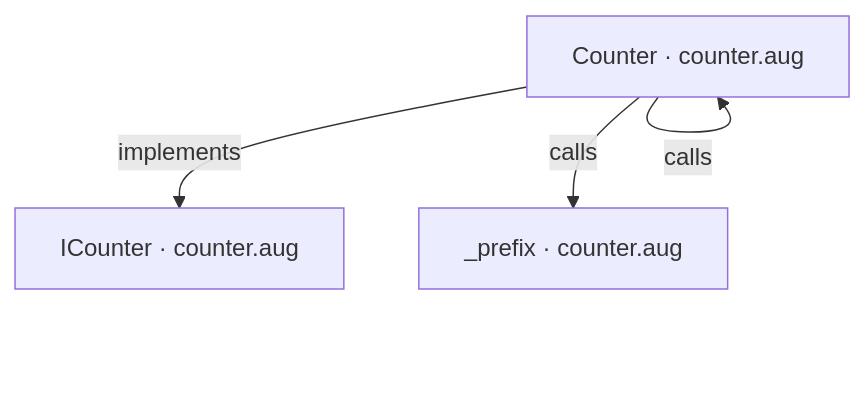
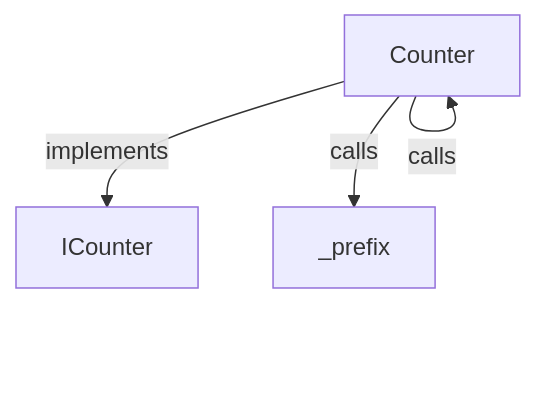
Before and after one commit to GreenPandaStudios/augscript: the first of 4 diagrams in docs/examples/visibility/counter-diagrams.md, drawn with Mermaid. The commit also changed other lines of this file and 524 other files, not shown here.

Commit message:
Explain checked data flow at folder and service levels

````diff
--- a/docs/examples/visibility/counter-diagrams.md
+++ b/docs/examples/visibility/counter-diagrams.md
@@ -19,9 +19,9 @@
 ```mermaid
 flowchart TD
-    n0["Counter · counter.aug"]
-    n1["ICounter · counter.aug"]
-    n2["_prefix · counter.aug"]
+    n0["Counter"]
+    n1["ICounter"]
+    n2["_prefix"]
     n0 -->|"calls"| n0
     n0 -->|"implements"| n1
     n0 -->|"calls"| n2
 ```
````
